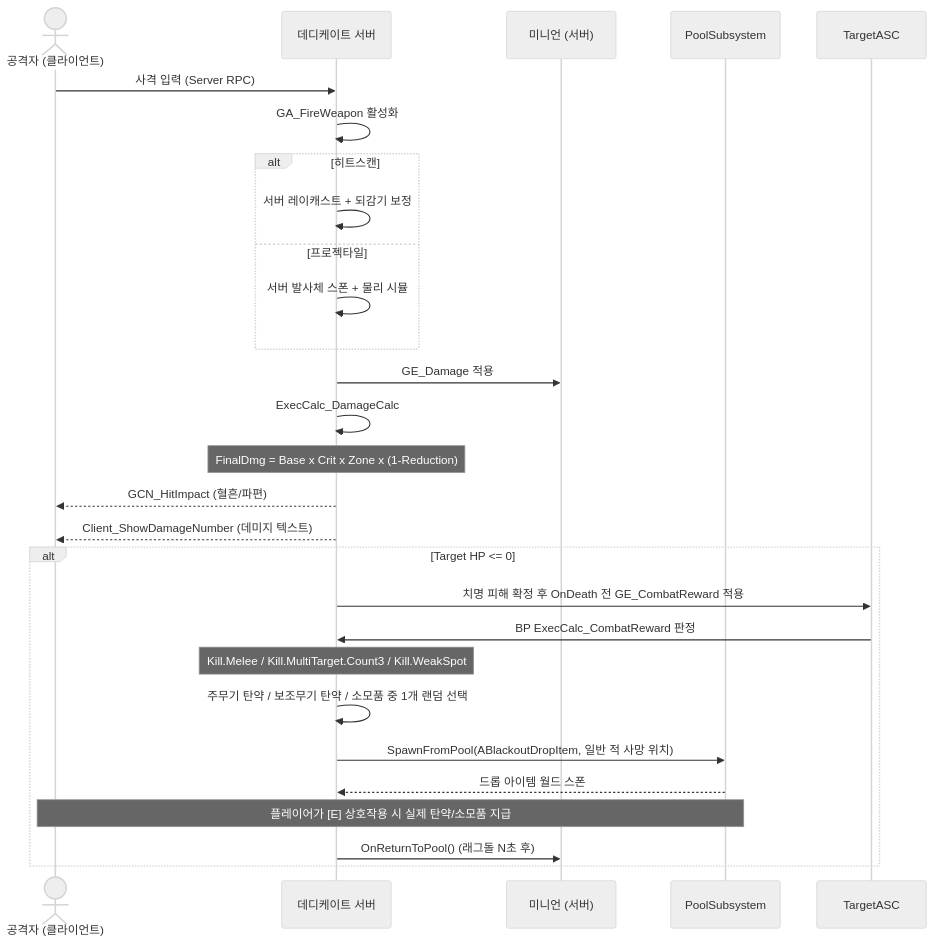
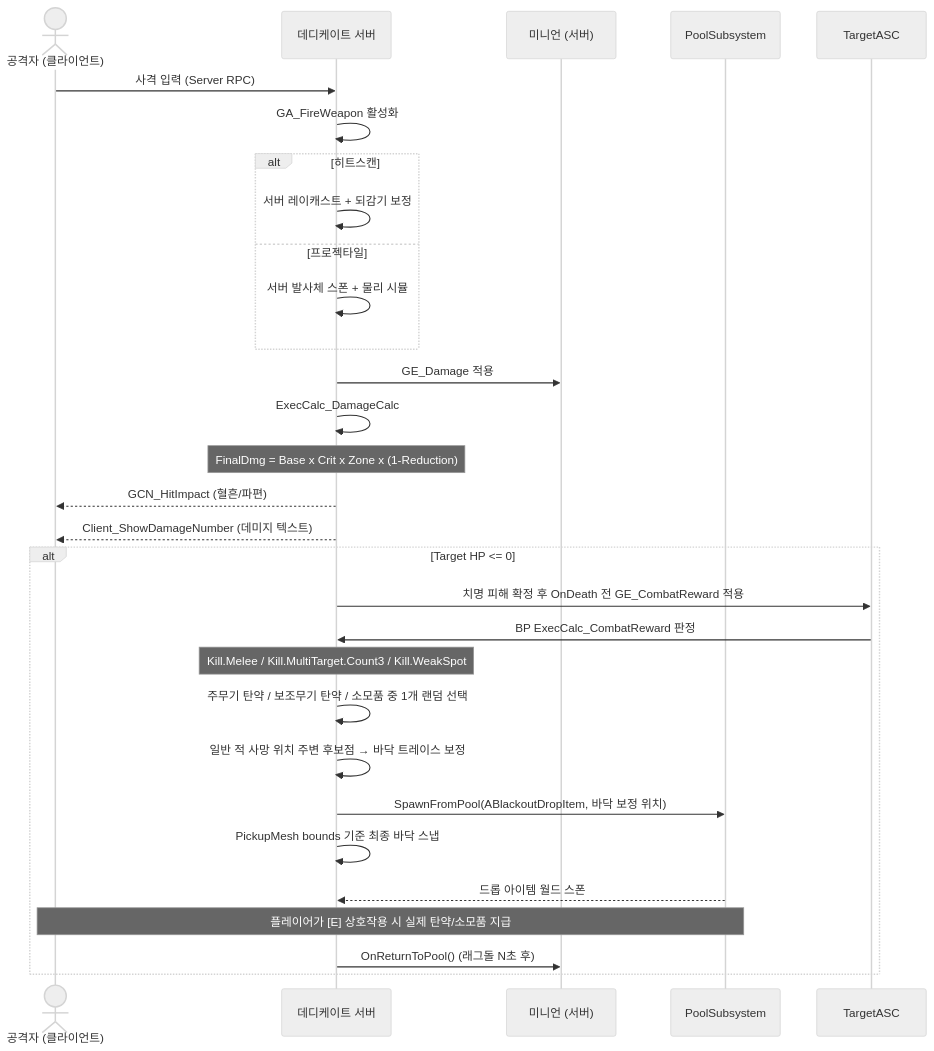
One commit to ThunderVolt45/ProjectBlackout changed the first of 14 diagrams in Docs/Project_Blackout_시퀀스다이어그램.md. Above: the diagram before and after it, drawn with Mermaid (neutral theme). The commit also changed 7 other files, not shown here.

````diff
--- a/Docs/Project_Blackout_시퀀스다이어그램.md
+++ b/Docs/Project_Blackout_시퀀스다이어그램.md
@@ -11,36 +11,38 @@
 ```mermaid
 sequenceDiagram
     actor Attacker as 공격자 (클라이언트)
     participant Server as 데디케이트 서버
     participant Target as 미니언 (서버)
     participant Pool as PoolSubsystem
 
     Attacker->>Server: 사격 입력 (Server RPC)
     Server->>Server: GA_FireWeapon 활성화
 
     alt 히트스캔
         Server->>Server: 서버 레이캐스트 + 되감기 보정
     else 프로젝타일
         Server->>Server: 서버 발사체 스폰 + 물리 시뮬
     end
 
     Server->>Target: GE_Damage 적용
     Server->>Server: ExecCalc_DamageCalc
     Note over Server: FinalDmg = Base x Crit x Zone x (1-Reduction)
 
     Server-->>Attacker: GCN_HitImpact (혈흔/파편)
     Server-->>Attacker: Client_ShowDamageNumber (데미지 텍스트)
 
     alt Target HP <= 0
         Server->>TargetASC: 치명 피해 확정 후 OnDeath 전 GE_CombatReward 적용
         TargetASC->>Server: BP ExecCalc_CombatReward 판정
         Note over Server: Kill.Melee / Kill.MultiTarget.Count3 / Kill.WeakSpot
 
         Server->>Server: 주무기 탄약 / 보조무기 탄약 / 소모품 중 1개 랜덤 선택
-        Server->>Pool: SpawnFromPool(ABlackoutDropItem, 일반 적 사망 위치)
+        Server->>Server: 일반 적 사망 위치 주변 후보점 → 바닥 트레이스 보정
+        Server->>Pool: SpawnFromPool(ABlackoutDropItem, 바닥 보정 위치)
+        Server->>Server: PickupMesh bounds 기준 최종 바닥 스냅
         Pool-->>Server: 드롭 아이템 월드 스폰
         Note over Attacker,Pool: 플레이어가 [E] 상호작용 시 실제 탄약/소모품 지급
 
         Server->>Target: OnReturnToPool() (래그돌 N초 후)
     end
 ```
````
